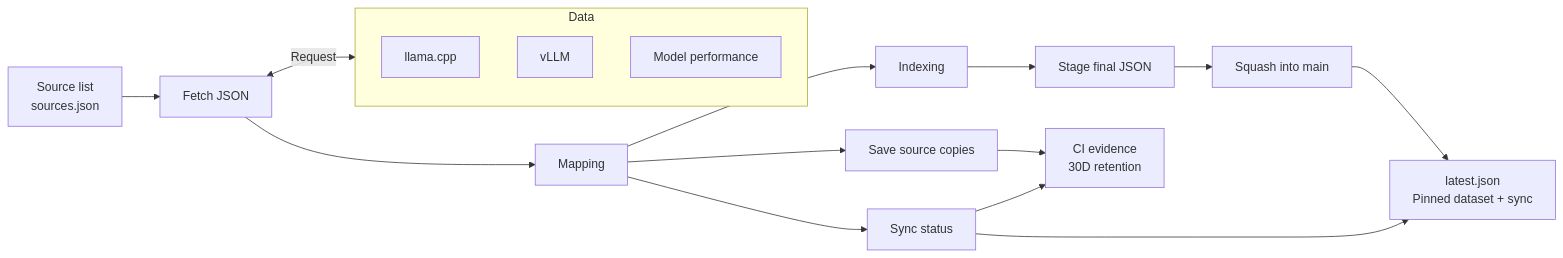
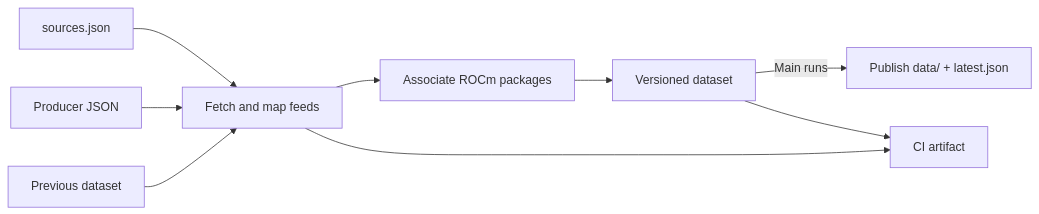
The first of 2 diagrams in docs/data-flow.md (lemonade-sdk/rocm-readiness), drawn with Mermaid before and after one commit. The commit also changed other lines of this file and 26 other files, not shown here.

First line of the commit message:
Restrict llama.cpp ingestion to stable ROCm builds and regenerate data (#9)

````diff
--- a/docs/data-flow.md
+++ b/docs/data-flow.md
@@ -15,20 +5,11 @@
 ```mermaid
 flowchart LR
-    Config["Source list<br/>sources.json"] --> Fetch["Fetch JSON"]
-    subgraph Data["Data"]
-        LlamaCpp["llama.cpp"]
-        Vllm["vLLM"]
-        Performance["Model performance"]
-    end
-    Fetch <-->|Request| Data
-    Fetch --> Map["Mapping"]
-    Map --> Output["Indexing"]
-    Map --> Copies["Save source copies"]
-    Output --> Publish["Stage final JSON"]
-    Publish --> Main["Squash into main"]
-    Main --> Latest["latest.json<br/>Pinned dataset + sync"]
-    Copies --> Artifact["CI evidence<br/>30D retention"]
-    Map --> Sync["Sync status"]
-    Sync --> Artifact
-    Sync --> Latest
+    Sources["sources.json"] --> Collect["Fetch and map feeds"]
+    Feeds["Producer JSON"] --> Collect
+    Previous["Previous dataset"] --> Collect
+    Collect --> Evidence["Associate ROCm packages"]
+    Evidence --> Dataset["Versioned dataset"]
+    Dataset -->|Main runs| Publish["Publish data/ + latest.json"]
+    Collect --> Artifact["CI artifact"]
+    Dataset --> Artifact
 ```
````
